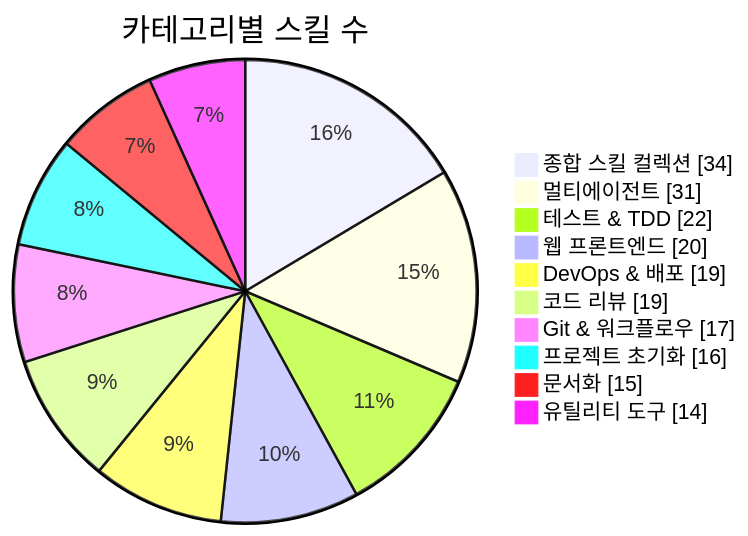
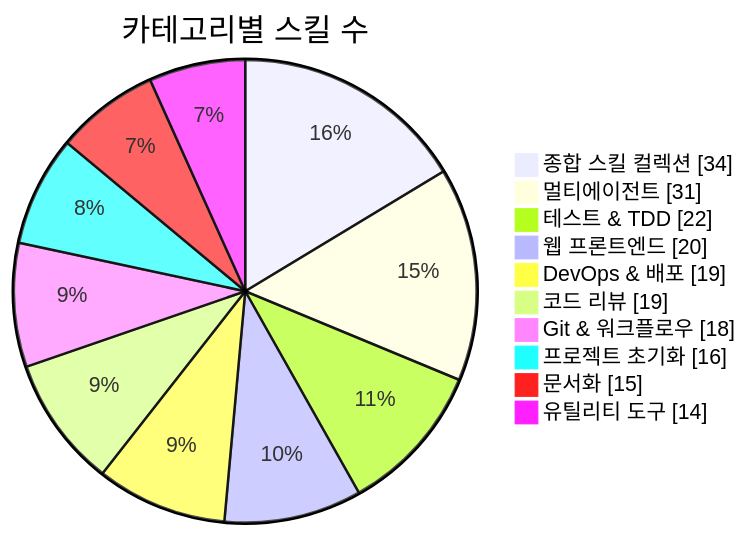
The first of 3 diagrams in README.md (J-nowcow/awesome-korean-agent-skills), drawn with Mermaid before and after one commit. The commit also changed other lines of this file and 4 other files, not shown here.

````diff
--- a/README.md
+++ b/README.md
@@ -176,14 +176,14 @@
 ```mermaid
 pie showData
     title 카테고리별 스킬 수
     "종합 스킬 컬렉션" : 34
     "멀티에이전트" : 31
     "테스트 & TDD" : 22
     "웹 프론트엔드" : 20
     "DevOps & 배포" : 19
     "코드 리뷰" : 19
-    "Git & 워크플로우" : 17
+    "Git & 워크플로우" : 18
     "프로젝트 초기화" : 16
     "문서화" : 15
     "유틸리티 도구" : 14
 ```
````
